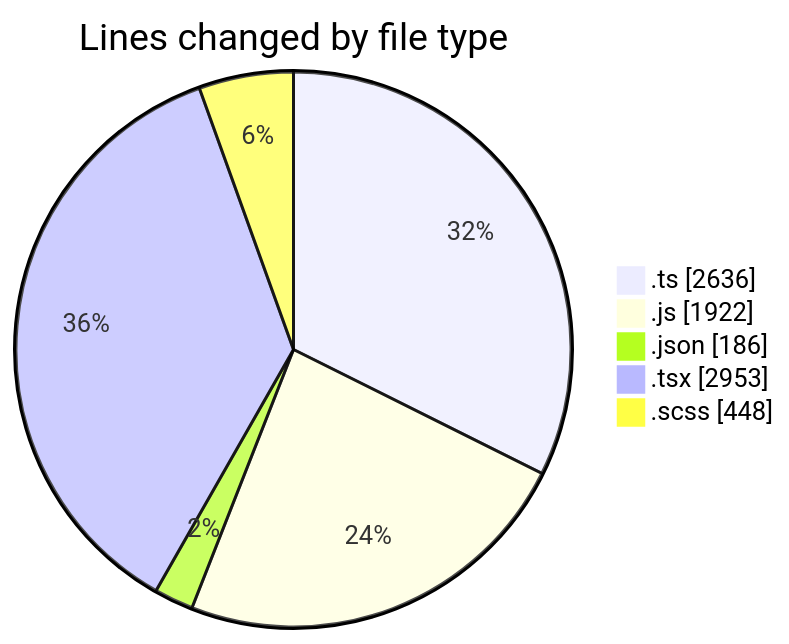
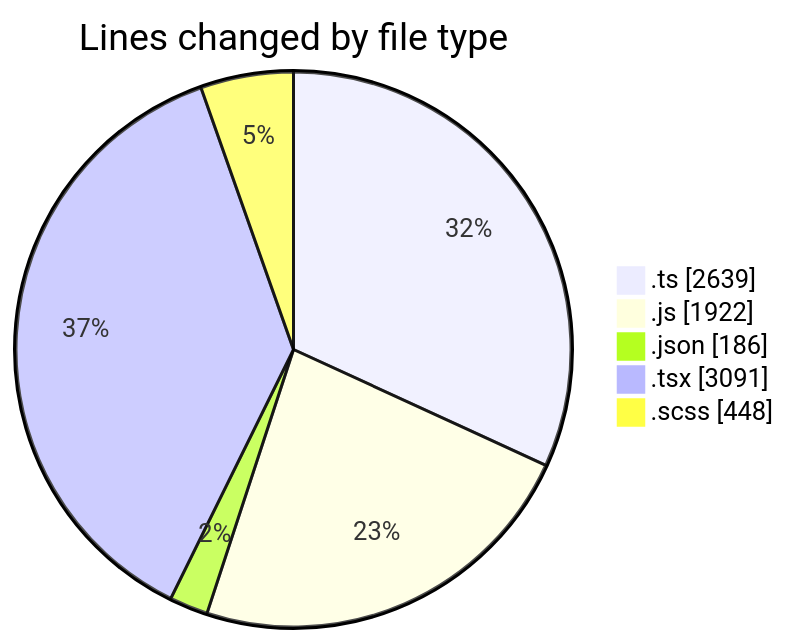
Before and after one commit to momahboobian/code-tracking: the first of 2 diagrams in 2026-06-18/cda/README.md, drawn with Mermaid. The commit also changed other lines of this file and 1 other file, not shown here.

````diff
--- a/2026-06-18/cda/README.md
+++ b/2026-06-18/cda/README.md
@@ -59,9 +61,9 @@
 ```mermaid
 pie showData
 title Lines changed by file type
-".ts" : 2636
+".ts" : 2639
 ".js" : 1922
 ".json" : 186
-".tsx" : 2953
+".tsx" : 3091
 ".scss" : 448
 ```
````
